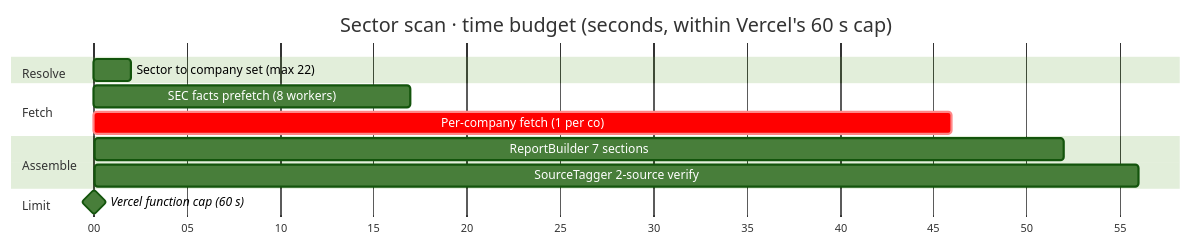
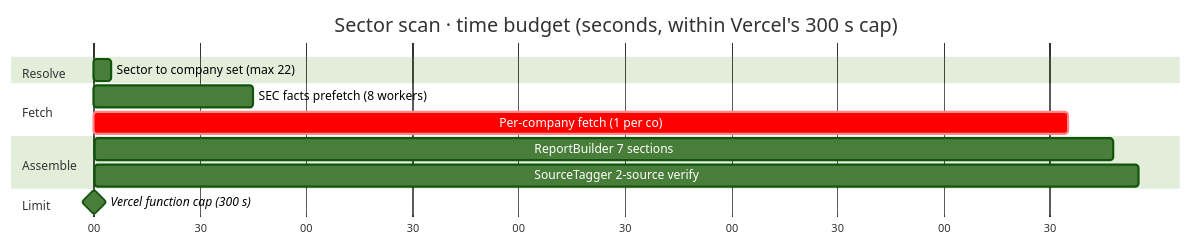
Before and after one commit to AidanColvin/map-elt-research-graph-3: diagram 15 of 16 in README.md, drawn with Mermaid (forest theme). The commit also changed other lines of this file, not shown here.

````diff
--- a/README.md
+++ b/README.md
@@ -744,16 +766,16 @@
 ```mermaid
 gantt
-    title Sector scan · time budget (seconds, within Vercel's 60 s cap)
+    title Sector scan · time budget (seconds, within Vercel's 300 s cap)
     dateFormat X
     axisFormat %S
     section Resolve
-    Sector to company set (max 22)  :r, 0, 2
+    Sector to company set (max 22)  :r, 0, 5
     section Fetch
-    SEC facts prefetch (8 workers)  :prefetch, 2, 17
-    Per-company fetch (1 per co)    :crit, fetch, 2, 46
+    SEC facts prefetch (8 workers)  :prefetch, 5, 45
+    Per-company fetch (1 per co)    :crit, fetch, 5, 275
     section Assemble
-    ReportBuilder 7 sections        :build, 46, 52
-    SourceTagger 2-source verify    :verify, 52, 56
+    ReportBuilder 7 sections        :build, 275, 288
+    SourceTagger 2-source verify    :verify, 288, 295
     section Limit
-    Vercel function cap (60 s)      :milestone, cap, 60, 0
+    Vercel function cap (300 s)     :milestone, cap, 300, 0
 ```
````
